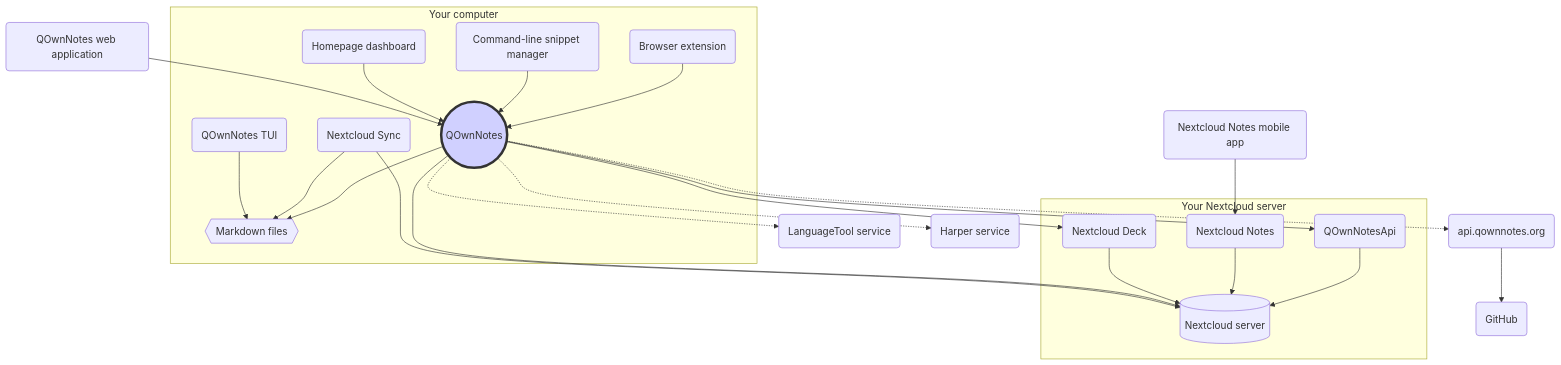
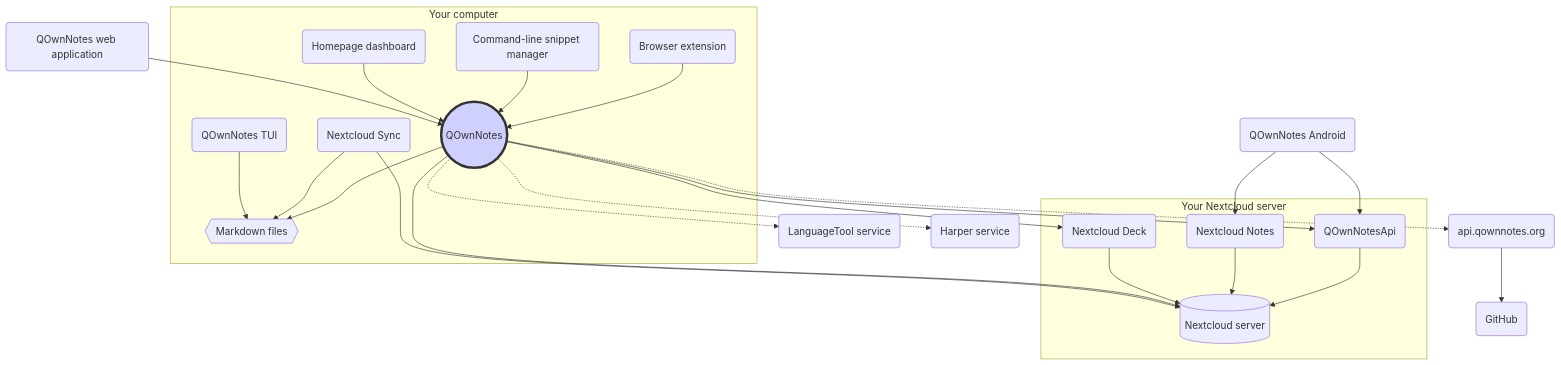
One commit to pbek/QOwnNotes changed the diagram in webpage/src/ar/getting-started/concept.md. Above: the diagram before and after it, drawn with Mermaid. The commit also changed other lines of this file and 160 other files, not shown here.

````diff
--- a/webpage/src/ar/getting-started/concept.md
+++ b/webpage/src/ar/getting-started/concept.md
@@ -13,45 +13,46 @@
 ```mermaid
 graph TB
     subgraph Your computer
         qon((QOwnNotes))-->md{{"Markdown files"}}
         sync("Nextcloud Sync")-->md
         qon-comp("Browser extension")-->qon
         qc("Command-line snippet manager")-->qon
         tui("QOwnNotes TUI")-->md
         homepage("Homepage dashboard")-->qon
     end
     subgraph Your Nextcloud server
         qon-api("QOwnNotesApi")-->ncs[("Nextcloud server")]
         nc-notes-app("Nextcloud Notes")-->ncs
         nc-deck-app("Nextcloud Deck")-->ncs
     end
 
-    nc-notes-mob("Nextcloud Notes mobile app")-->nc-notes-app
+    qon-mob("QOwnNotes Android")-->nc-notes-app
+    qon-mob-->qon-api
     qon-web-app("QOwnNotes web application")-->qon
     qon-->qon-api
     qon-->ncs
     qon-->nc-deck-app
     sync-->ncs
     qon-.->lt("LanguageTool service")
     qon-.->harper("Harper service")
     qon-.->qon-web-api("api.qownnotes.org")
     qon-web-api-->github("GitHub")
 
     style qon fill:#d0d0ff,stroke:#333,stroke-width:4px
     click qon "/getting-started/concept.html#qownnotes" "QOwnNotes Desktop Application for managing your notes on your desktop computer"
     click md "/getting-started/concept.html#markdown-note-files" "Markdown, media and attachment files in your note folder"
     click qon-comp "/getting-started/concept.html#qownnotes-browser-extension" "QOwnNotes browser extension for managing bookmarks in markdown files and as web clipper"
     click qc "/getting-started/concept.html#qownnotes-command-line-snippet-manager" "QOwnNotes command-line snippet manager"
     click tui "/getting-started/concept.html#qownnotes-tui" "QOwnNotes TUI, a keyboard-first terminal browser and editor for your Markdown note folders"
     click homepage "/getting-started/concept.html#homepage-dashboard" "Homepage dashboard using QOwnNotes bookmark suggestions"
     click sync "/getting-started/concept.html#nextcloud-desktop-sync-client" "Nextcloud desktop sync client to sync your notes to your server"
     click ncs "/getting-started/concept.html#nextcloud-server" "Nextcloud server to host your notes and other files"
     click qon-api "/getting-started/concept.html#qownnotesapi-nextcloud-app" "QOwnNotesAPI Nextcloud app to access your server-side trash and note versions"
     click nc-notes-app "/getting-started/concept.html#nextcloud-notes-server-app" "Nextcloud Notes server app to manage your notes in the web"
-    click nc-notes-mob "/getting-started/concept.html#nextcloud-notes-mobile-app" "Nextcloud Notes mobile app to manage your notes on your mobile phone"
+    click qon-mob "/getting-started/concept.html#qownnotes-android" "QOwnNotes Android, an offline-capable Markdown notes app for Android"
     click nc-deck-app "/getting-started/concept.html#nextcloud-deck-server-app" "Nextcloud Deck server app to manage reminders and todo lists in the web"
     click qon-web-app "/getting-started/concept.html#qownnotes-web-app" "QOwnNotes Web App to send photos from your mobile phone"
     click lt "/editor/languagetool.html" "Optional LanguageTool server for grammar and style checking"
     click harper "/editor/harper.html" "Optional Harper service for offline grammar and style checking"
     click qon-web-api "/getting-started/concept.html#api-qownnotes-org"
 ```
````
